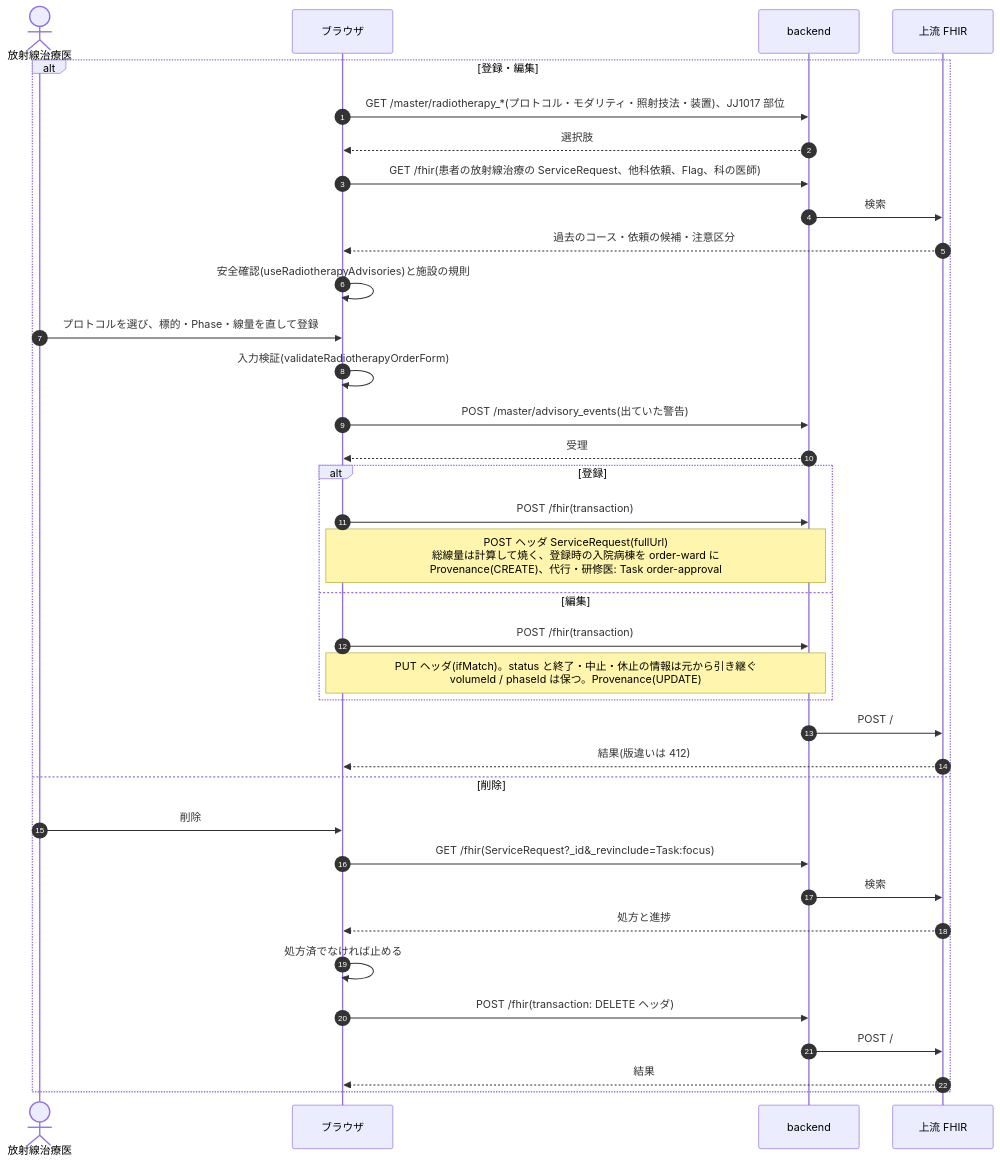
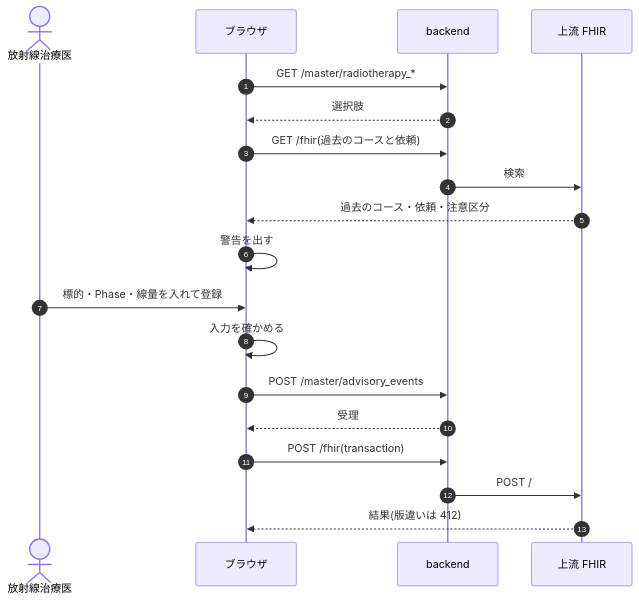
Before and after one commit to ysnr-dev/fhir-client-docs: the first of 8 diagrams in docs/dev/radiotherapy.md, drawn with Mermaid. The commit also changed other lines of this file and 43 other files, not shown here.

Commit message:
docs: 業務フローとシーケンス図を写し直し

````diff
--- a/docs/dev/radiotherapy.md
+++ b/docs/dev/radiotherapy.md
@@ -65,39 +135,22 @@
 ```mermaid
 sequenceDiagram
   autonumber
   actor Dr as 放射線治療医
   participant UI as ブラウザ
   participant BE as backend
   participant FHIR as 上流 FHIR
 
-  alt 登録・編集
-    UI->>BE: GET /master/radiotherapy_*(プロトコル・モダリティ・照射技法・装置)、JJ1017 部位
-    BE-->>UI: 選択肢
-    UI->>BE: GET /fhir(患者の放射線治療の ServiceRequest、他科依頼、Flag、科の医師)
-    BE->>FHIR: 検索
-    FHIR-->>UI: 過去のコース・依頼の候補・注意区分
-    UI->>UI: 安全確認(useRadiotherapyAdvisories)と施設の規則
-    Dr->>UI: プロトコルを選び、標的・Phase・線量を直して登録
-    UI->>UI: 入力検証(validateRadiotherapyOrderForm)
-    UI->>BE: POST /master/advisory_events(出ていた警告)
-    BE-->>UI: 受理
-    alt 登録
-      UI->>BE: POST /fhir(transaction)
-      Note over UI,BE: POST ヘッダ ServiceRequest(fullUrl)<br/>総線量は計算して焼く、登録時の入院病棟を order-ward に<br/>Provenance(CREATE)、代行・研修医: Task order-approval
-    else 編集
-      UI->>BE: POST /fhir(transaction)
-      Note over UI,BE: PUT ヘッダ(ifMatch)。status と終了・中止・休止の情報は元から引き継ぐ<br/>volumeId / phaseId は保つ。Provenance(UPDATE)
-    end
-    BE->>FHIR: POST /
-    FHIR-->>UI: 結果(版違いは 412)
-  else 削除
-    Dr->>UI: 削除
-    UI->>BE: GET /fhir(ServiceRequest?_id&_revinclude=Task:focus)
-    BE->>FHIR: 検索
-    FHIR-->>UI: 処方と進捗
-    UI->>UI: 処方済でなければ止める
-    UI->>BE: POST /fhir(transaction: DELETE ヘッダ)
-    BE->>FHIR: POST /
-    FHIR-->>UI: 結果
-  end
+  UI->>BE: GET /master/radiotherapy_*
+  BE-->>UI: 選択肢
+  UI->>BE: GET /fhir(過去のコースと依頼)
+  BE->>FHIR: 検索
+  FHIR-->>UI: 過去のコース・依頼・注意区分
+  UI->>UI: 警告を出す
+  Dr->>UI: 標的・Phase・線量を入れて登録
+  UI->>UI: 入力を確かめる
+  UI->>BE: POST /master/advisory_events
+  BE-->>UI: 受理
+  UI->>BE: POST /fhir(transaction)
+  BE->>FHIR: POST /
+  FHIR-->>UI: 結果(版違いは 412)
 ```
````
